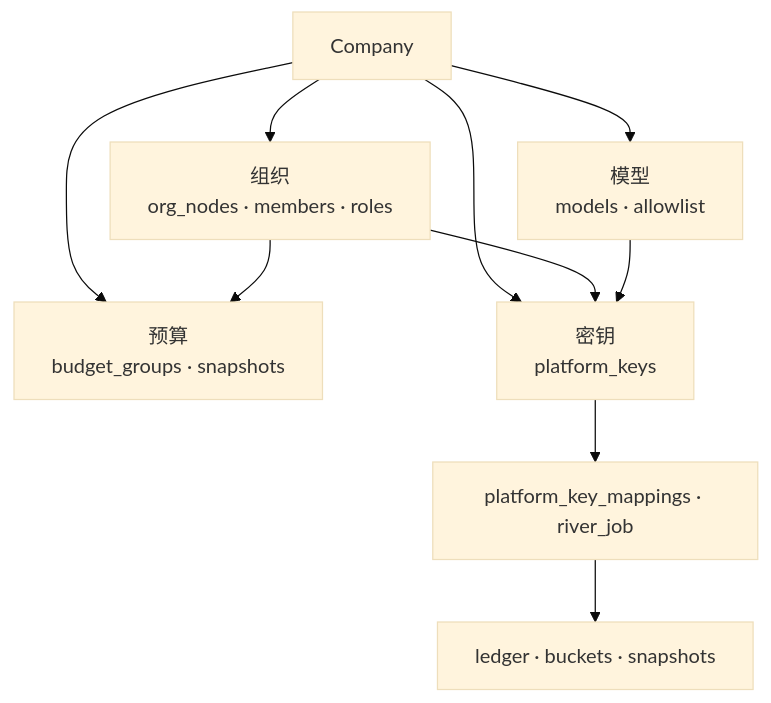
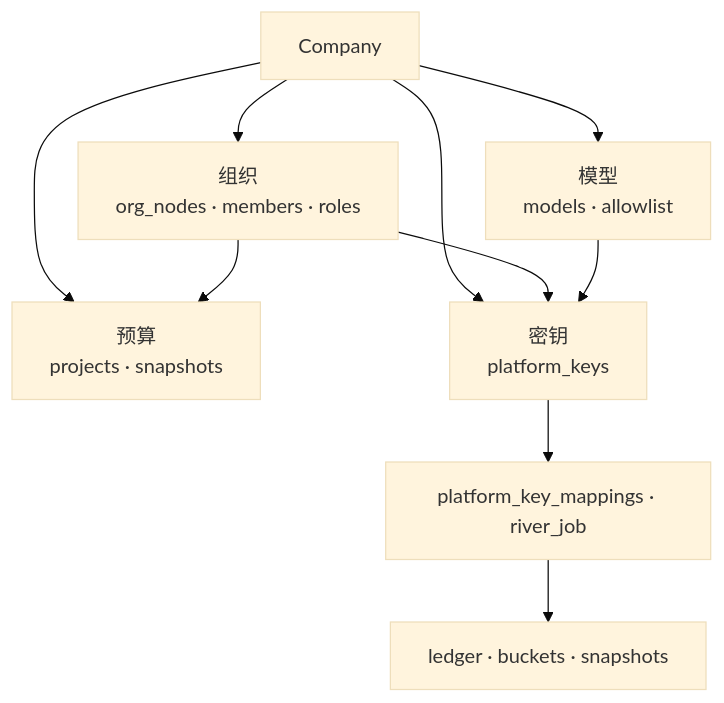
Before and after one commit to quyip8818/mytokenjoy: the second of 7 diagrams in docs/Backend-存储架构.md, drawn with Mermaid (base theme). The commit also changed other lines of this file and 175 other files, not shown here.

````diff
--- a/docs/Backend-存储架构.md
+++ b/docs/Backend-存储架构.md
@@ -47,11 +47,11 @@
 ```mermaid
 flowchart TB
   CO[Company] --> ORG[组织<br/>org_nodes · members · roles]
-  CO --> BUD[预算<br/>budget_groups · snapshots]
+  CO --> BUD[预算<br/>projects · snapshots]
   CO --> KEY[密钥<br/>platform_keys]
   CO --> MOD[模型<br/>models · allowlist]
   ORG --> BUD & KEY
   MOD --> KEY
   KEY --> PKM[platform_key_mappings · river_job]
   PKM --> USG[ledger · buckets · snapshots]
 ```
````
